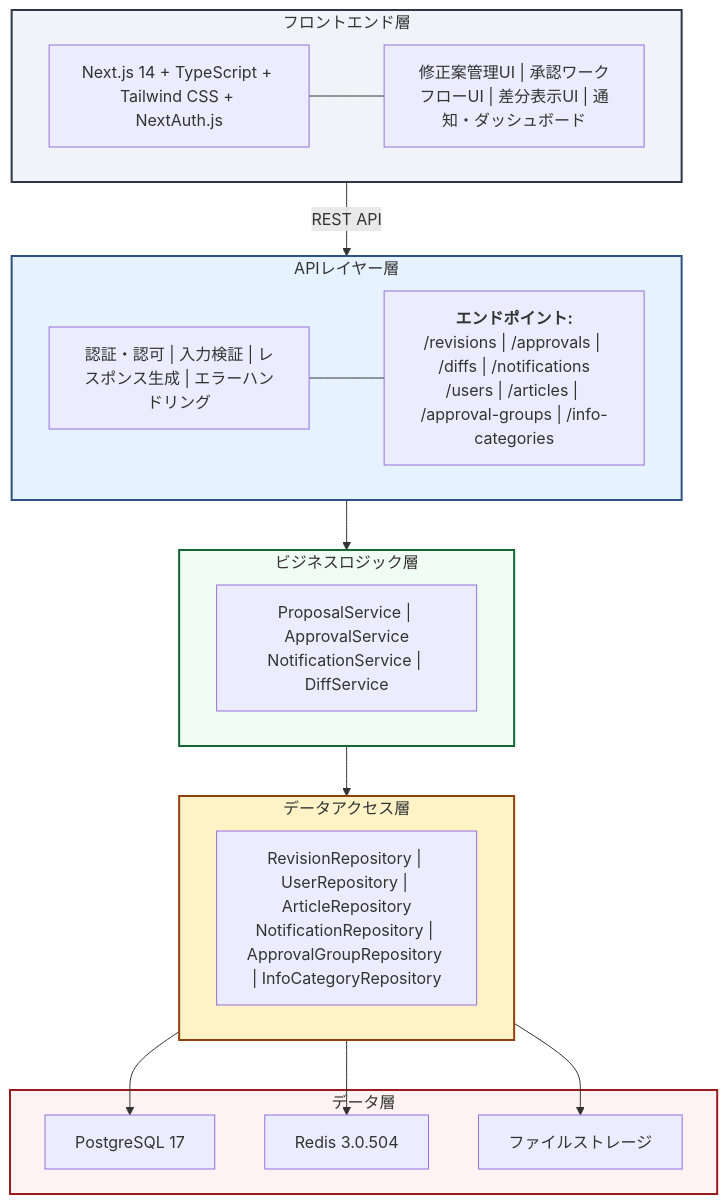
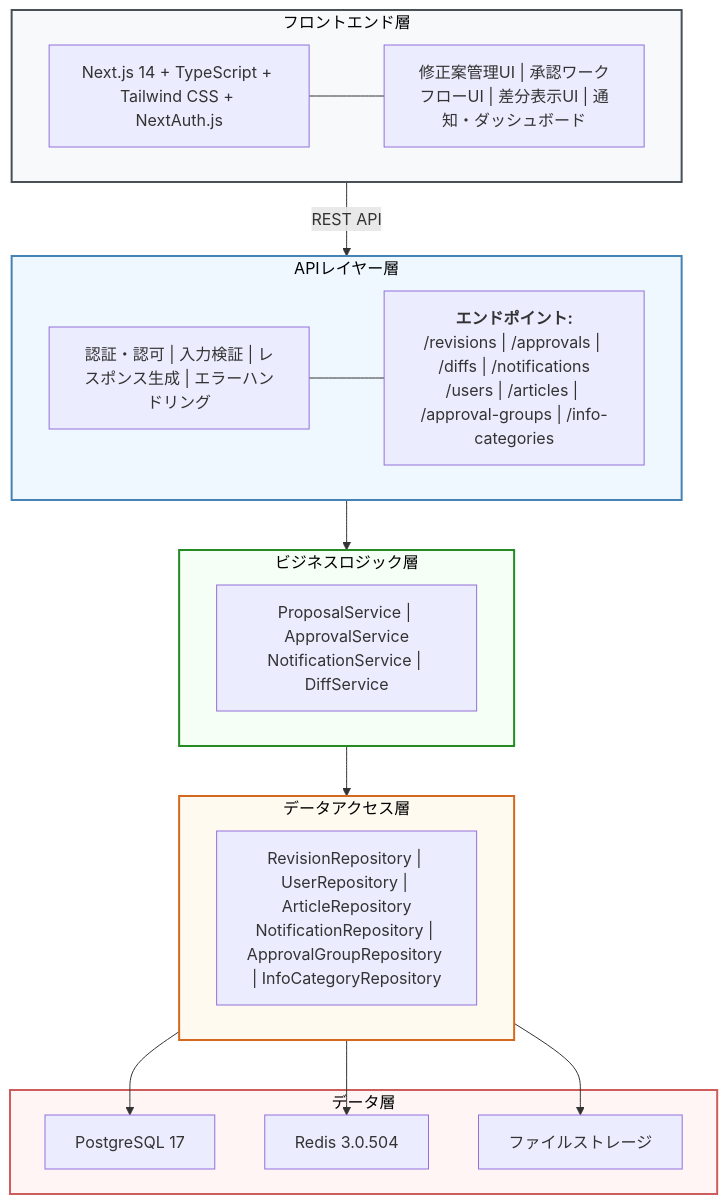
The diagram in .tmp/design.md (ekrsw/knowledge_app), drawn with Mermaid before and after one commit.

Commit message:
graph tb

````diff
--- a/.tmp/design.md
+++ b/.tmp/design.md
@@ -7,54 +7,54 @@
 ```mermaid
 graph TB
     %% フロントエンド層
     subgraph Frontend["フロントエンド層"]
         UI_Framework["Next.js 14 + TypeScript + Tailwind CSS + NextAuth.js"]
         UI_Components["修正案管理UI | 承認ワークフローUI | 差分表示UI | 通知・ダッシュボード"]
         UI_Framework --- UI_Components
     end
 
     %% APIレイヤー層
     subgraph API["APIレイヤー層"]
         Auth["認証・認可 | 入力検証 | レスポンス生成 | エラーハンドリング"]
         Endpoints["<b>エンドポイント:</b><br/>/revisions | /approvals | /diffs | /notifications<br/>/users | /articles | /approval-groups | /info-categories"]
         Auth --- Endpoints
     end
 
     %% ビジネスロジック層
     subgraph Business["ビジネスロジック層"]
         Services["ProposalService | ApprovalService<br/>NotificationService | DiffService"]
     end
 
     %% データアクセス層
     subgraph DataAccess["データアクセス層"]
         Repositories["RevisionRepository | UserRepository | ArticleRepository<br/>NotificationRepository | ApprovalGroupRepository | InfoCategoryRepository"]
     end
 
     %% データ層
     subgraph Data["データ層"]
         PostgreSQL["PostgreSQL 17"]
         Redis["Redis 3.0.504"]
         FileStorage["ファイルストレージ"]
     end
 
     %% 接続
     Frontend -->|REST API| API
     API --> Business
     Business --> DataAccess
     DataAccess --> PostgreSQL
     DataAccess --> Redis
     DataAccess --> FileStorage
 
-    %% スタイリング（落ち着いた配色）
-    classDef frontendStyle fill:#f0f4f8,stroke:#2d3748,stroke-width:2px
-    classDef apiStyle fill:#e6f2ff,stroke:#2c5282,stroke-width:2px
-    classDef businessStyle fill:#f0fdf4,stroke:#166534,stroke-width:2px
-    classDef dataAccessStyle fill:#fef3c7,stroke:#92400e,stroke-width:2px
-    classDef dataStyle fill:#fef2f2,stroke:#991b1b,stroke-width:2px
+    %% スタイリング（視認性を重視した配色）
+    classDef frontendStyle fill:#f8f9fa,stroke:#495057,stroke-width:2px,color:#000
+    classDef apiStyle fill:#f0f8ff,stroke:#4682b4,stroke-width:2px,color:#000
+    classDef businessStyle fill:#f5fff5,stroke:#228b22,stroke-width:2px,color:#000
+    classDef dataAccessStyle fill:#fffaf0,stroke:#d2691e,stroke-width:2px,color:#000
+    classDef dataStyle fill:#fff5f5,stroke:#cd5c5c,stroke-width:2px,color:#000
 
     class Frontend frontendStyle
     class API apiStyle
     class Business businessStyle
     class DataAccess dataAccessStyle
     class Data dataStyle
 ```
````
